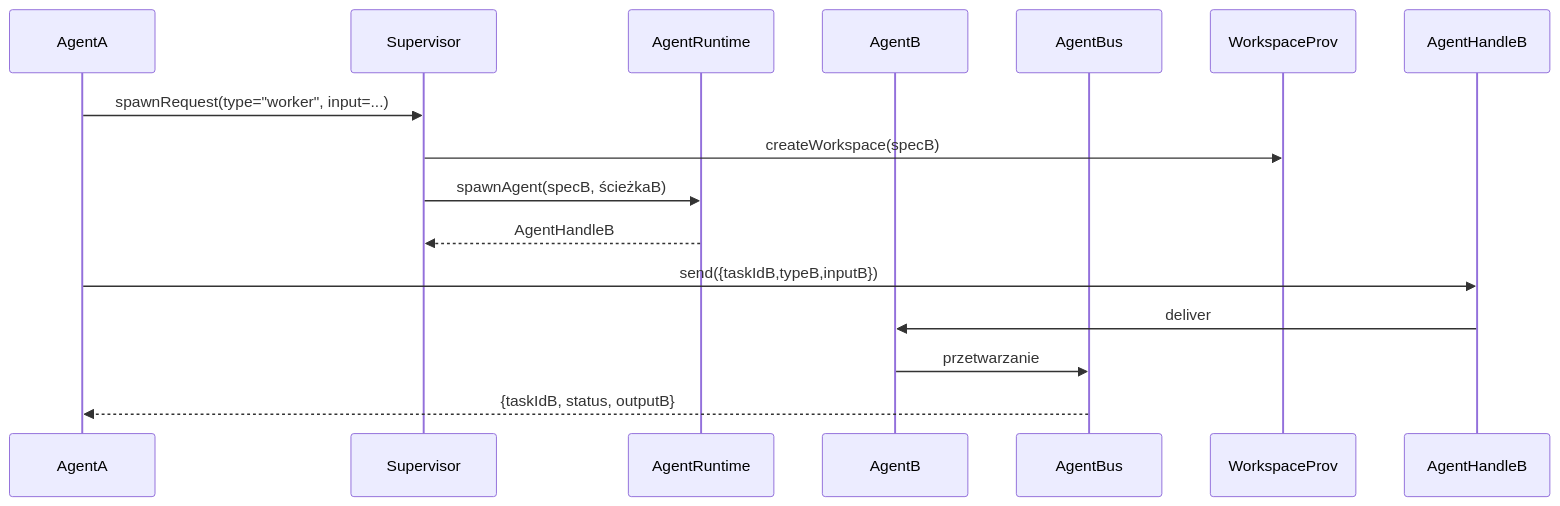
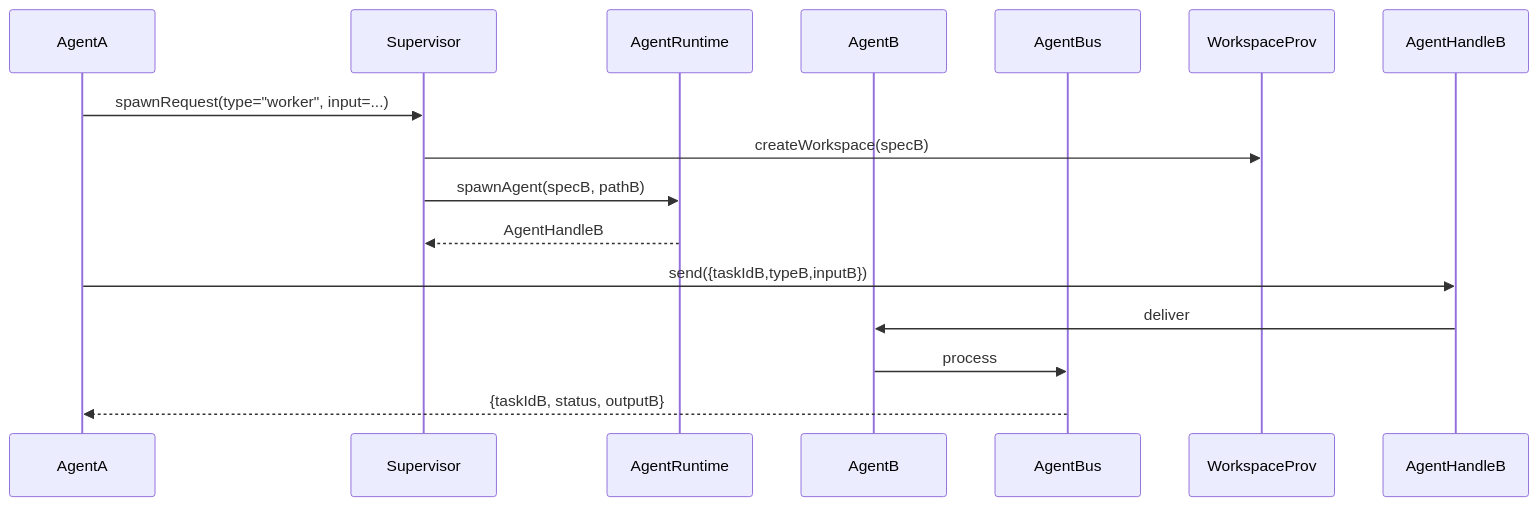
Before and after one commit to misiekhardcore/feature-forge: the fourth of 4 diagrams in .pi/plans/deep-research-report.md, drawn with Mermaid. The commit also changed other lines of this file, not shown here.

````diff
--- a/.pi/plans/deep-research-report.md
+++ b/.pi/plans/deep-research-report.md
@@ -253,17 +255,17 @@
 ```mermaid
 sequenceDiagram
     participant AgentA
     participant Supervisor
     participant AgentRuntime
     participant AgentB
     participant AgentBus
 
     AgentA->>Supervisor: spawnRequest(type="worker", input=...)
     Supervisor->>WorkspaceProv: createWorkspace(specB)
-    Supervisor->>AgentRuntime: spawnAgent(specB, ścieżkaB)
+    Supervisor->>AgentRuntime: spawnAgent(specB, pathB)
     AgentRuntime-->>Supervisor: AgentHandleB
     AgentA->>AgentHandleB: send({taskIdB,typeB,inputB})
     AgentHandleB->>AgentB: deliver
-    AgentB->>AgentBus: przetwarzanie
+    AgentB->>AgentBus: process
     AgentBus-->>AgentA: {taskIdB, status, outputB}
 ```
````
